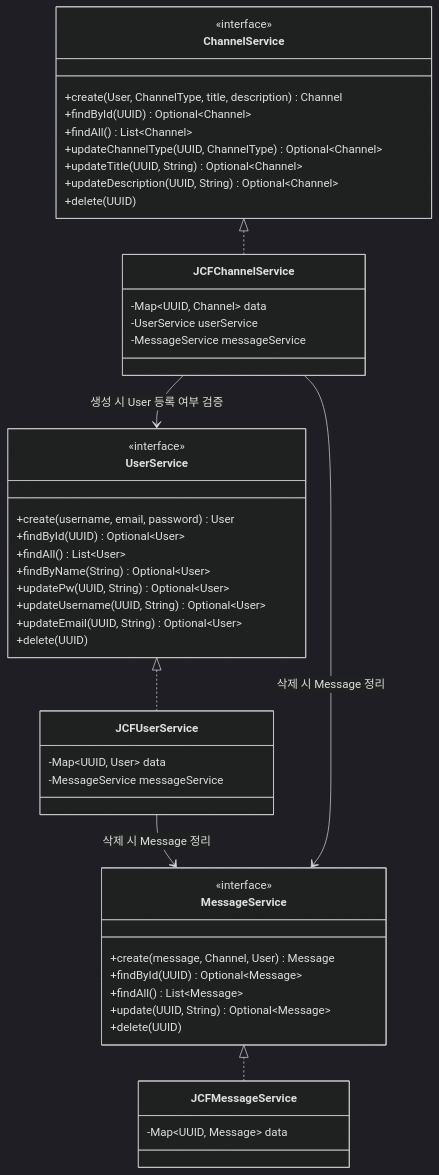
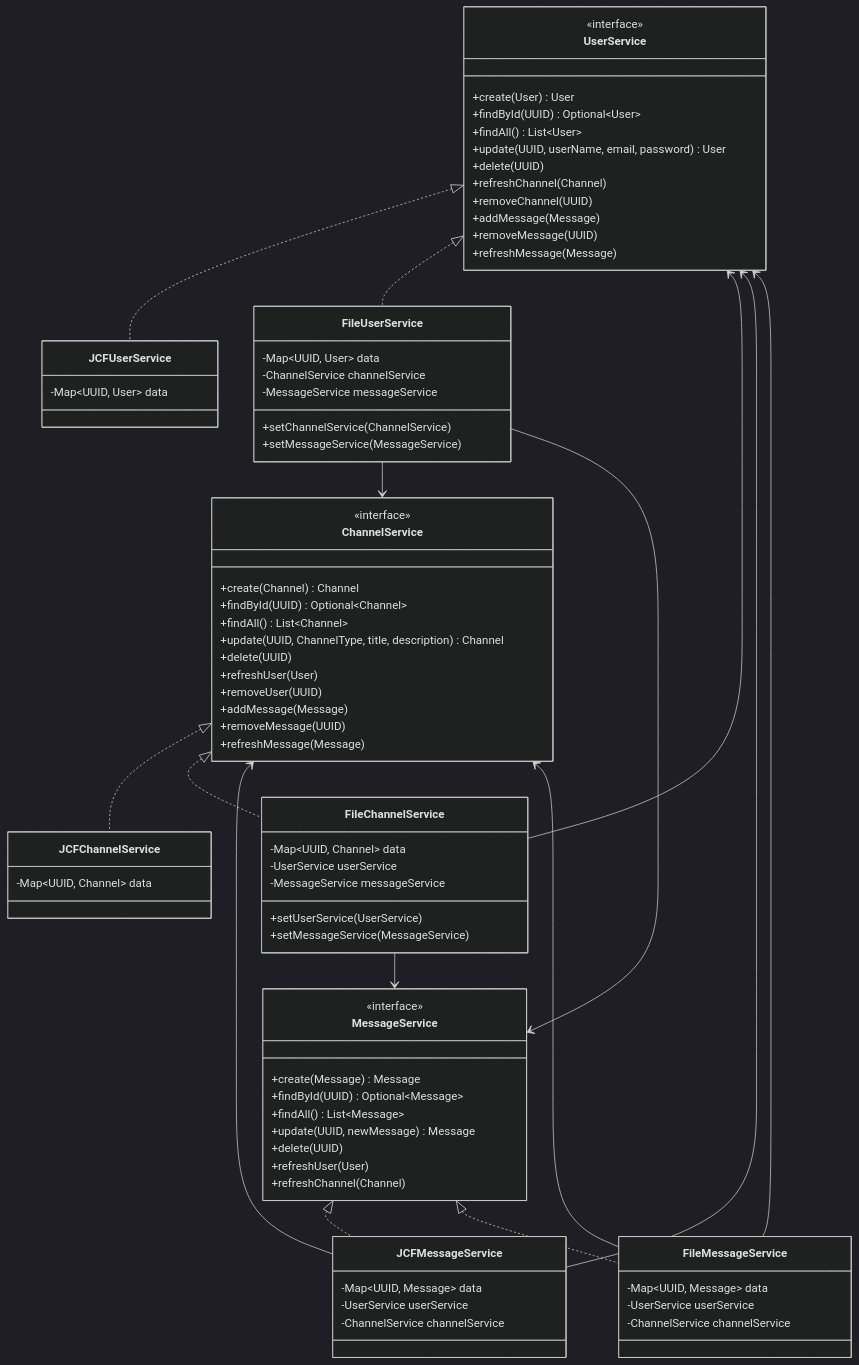
The third of 4 diagrams in README.md (codeit-bootcamp-spring/16-sprint-mission), drawn with Mermaid (dark theme) before and after one commit. The commit also changed other lines of this file and 1 other file, not shown here.

````diff
--- a/README.md
+++ b/README.md
@@ -117,56 +189,84 @@
 
     class UserService {
         <<interface>>
-        +create(username, email, password) User
+        +create(User) User
         +findById(UUID) Optional~User~
         +findAll() List~User~
-        +findByName(String) Optional~User~
-        +updatePw(UUID, String) Optional~User~
-        +updateUsername(UUID, String) Optional~User~
-        +updateEmail(UUID, String) Optional~User~
+        +update(UUID, userName, email, password) User
         +delete(UUID)
+        +refreshChannel(Channel)
+        +removeChannel(UUID)
+        +addMessage(Message)
+        +removeMessage(UUID)
+        +refreshMessage(Message)
     }
 
     class ChannelService {
         <<interface>>
-        +create(User, ChannelType, title, description) Channel
+        +create(Channel) Channel
         +findById(UUID) Optional~Channel~
         +findAll() List~Channel~
-        +updateChannelType(UUID, ChannelType) Optional~Channel~
-        +updateTitle(UUID, String) Optional~Channel~
-        +updateDescription(UUID, String) Optional~Channel~
+        +update(UUID, ChannelType, title, description) Channel
         +delete(UUID)
+        +refreshUser(User)
+        +removeUser(UUID)
+        +addMessage(Message)
+        +removeMessage(UUID)
+        +refreshMessage(Message)
     }
 
     class MessageService {
         <<interface>>
-        +create(message, Channel, User) Message
+        +create(Message) Message
         +findById(UUID) Optional~Message~
         +findAll() List~Message~
-        +update(UUID, String) Optional~Message~
+        +update(UUID, newMessage) Message
         +delete(UUID)
+        +refreshUser(User)
+        +refreshChannel(Channel)
     }
 
-    class JCFUserService {
-        -Map~UUID, User~ data
-        -MessageService messageService
+    class JCFUserService { -Map~UUID, User~ data }
+    class JCFChannelService { -Map~UUID, Channel~ data }
+    class JCFMessageService {
+        -Map~UUID, Message~ data
+        -UserService userService
+        -ChannelService channelService
     }
 
-    class JCFChannelService {
+    class FileUserService {
+        -Map~UUID, User~ data
+        -ChannelService channelService
+        -MessageService messageService
+        +setChannelService(ChannelService)
+        +setMessageService(MessageService)
+    }
+    class FileChannelService {
         -Map~UUID, Channel~ data
         -UserService userService
         -MessageService messageService
+        +setUserService(UserService)
+        +setMessageService(MessageService)
     }
-
-    class JCFMessageService {
+    class FileMessageService {
         -Map~UUID, Message~ data
+        -UserService userService
+        -ChannelService channelService
     }
 
     UserService <|.. JCFUserService
+    UserService <|.. FileUserService
     ChannelService <|.. JCFChannelService
+    ChannelService <|.. FileChannelService
     MessageService <|.. JCFMessageService
+    MessageService <|.. FileMessageService
 
-    JCFUserService --> MessageService : 삭제 시 Message 정리
-    JCFChannelService --> MessageService : 삭제 시 Message 정리
-    JCFChannelService --> UserService : 생성 시 User 등록 여부 검증
+    JCFMessageService --> UserService
+    JCFMessageService --> ChannelService
+    FileMessageService --> UserService
+    FileMessageService --> ChannelService
+    FileUserService --> ChannelService
+    FileUserService --> MessageService
+    FileChannelService --> UserService
+    FileChannelService --> MessageService
 ```
````
